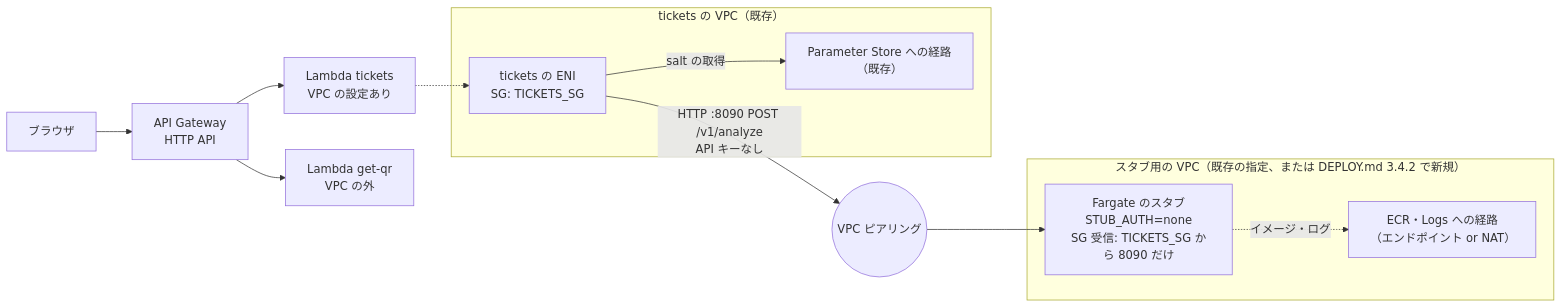
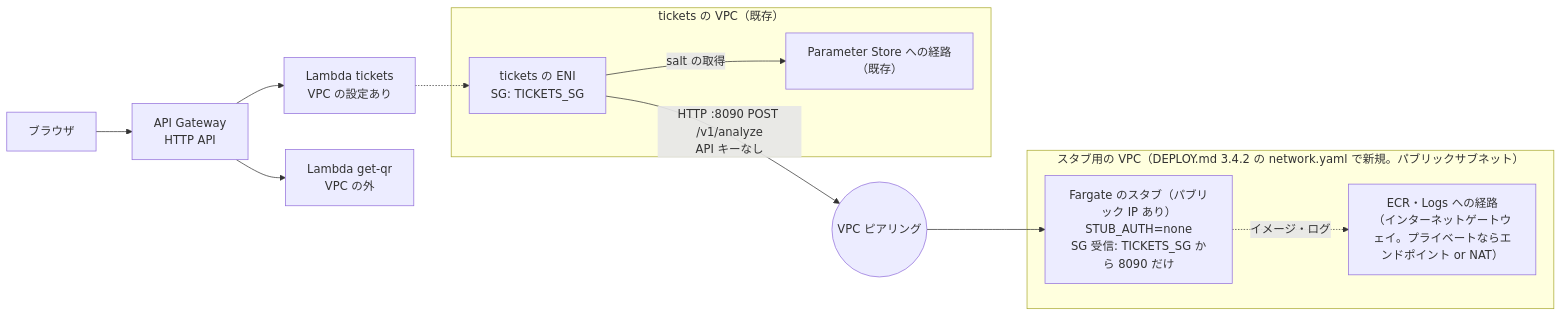
One commit to rxsxkxd/pk changed the second of 2 diagrams in docs/st/notes/lambda-vpc.md. Above: the diagram before and after it, drawn with Mermaid. The commit also changed other lines of this file and 18 other files, not shown here.

````diff
--- a/docs/st/notes/lambda-vpc.md
+++ b/docs/st/notes/lambda-vpc.md
@@ -196,19 +196,19 @@
 ```mermaid
 flowchart LR
   B[ブラウザ] --> APIGW[API Gateway<br/>HTTP API]
   APIGW --> LT[Lambda tickets<br/>VPC の設定あり]
   APIGW --> LQ[Lambda get-qr<br/>VPC の外]
   subgraph TV["tickets の VPC（既存）"]
     ENI["tickets の ENI<br/>SG: TICKETS_SG"]
     SSMP["Parameter Store への経路（既存）"]
   end
-  subgraph SV["スタブ用の VPC（既存の指定、または DEPLOY.md 3.4.2 で新規）"]
-    TASK["Fargate のスタブ<br/>STUB_AUTH=none<br/>SG 受信: TICKETS_SG から 8090 だけ"]
-    EG["ECR・Logs への経路<br/>（エンドポイント or NAT）"]
+  subgraph SV["スタブ用の VPC（DEPLOY.md 3.4.2 の network.yaml で新規。パブリックサブネット）"]
+    TASK["Fargate のスタブ（パブリック IP あり）<br/>STUB_AUTH=none<br/>SG 受信: TICKETS_SG から 8090 だけ"]
+    EG["ECR・Logs への経路<br/>（インターネットゲートウェイ。プライベートならエンドポイント or NAT）"]
   end
   LT -.-> ENI
   ENI -->|salt の取得| SSMP
   ENI -->|"HTTP :8090 POST /v1/analyze<br/>API キーなし"| PCX((VPC ピアリング))
   PCX --> TASK
   TASK -.->|イメージ・ログ| EG
 ```
````
